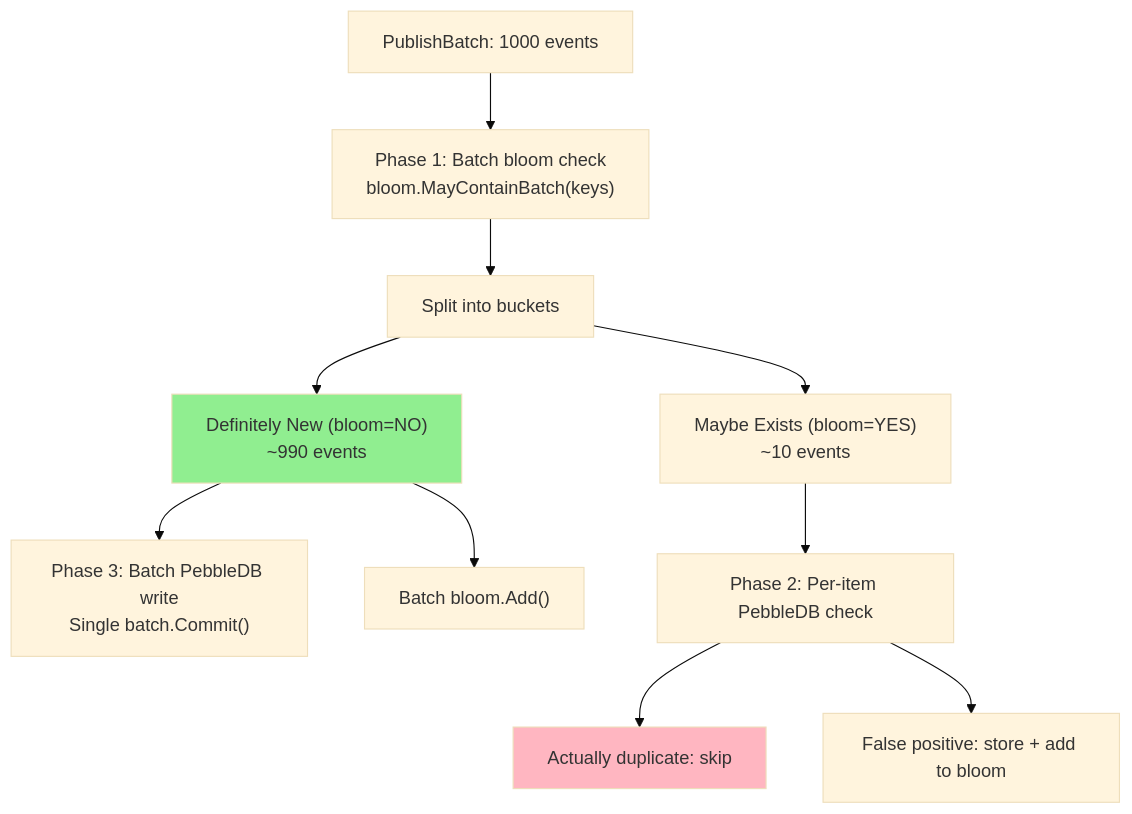
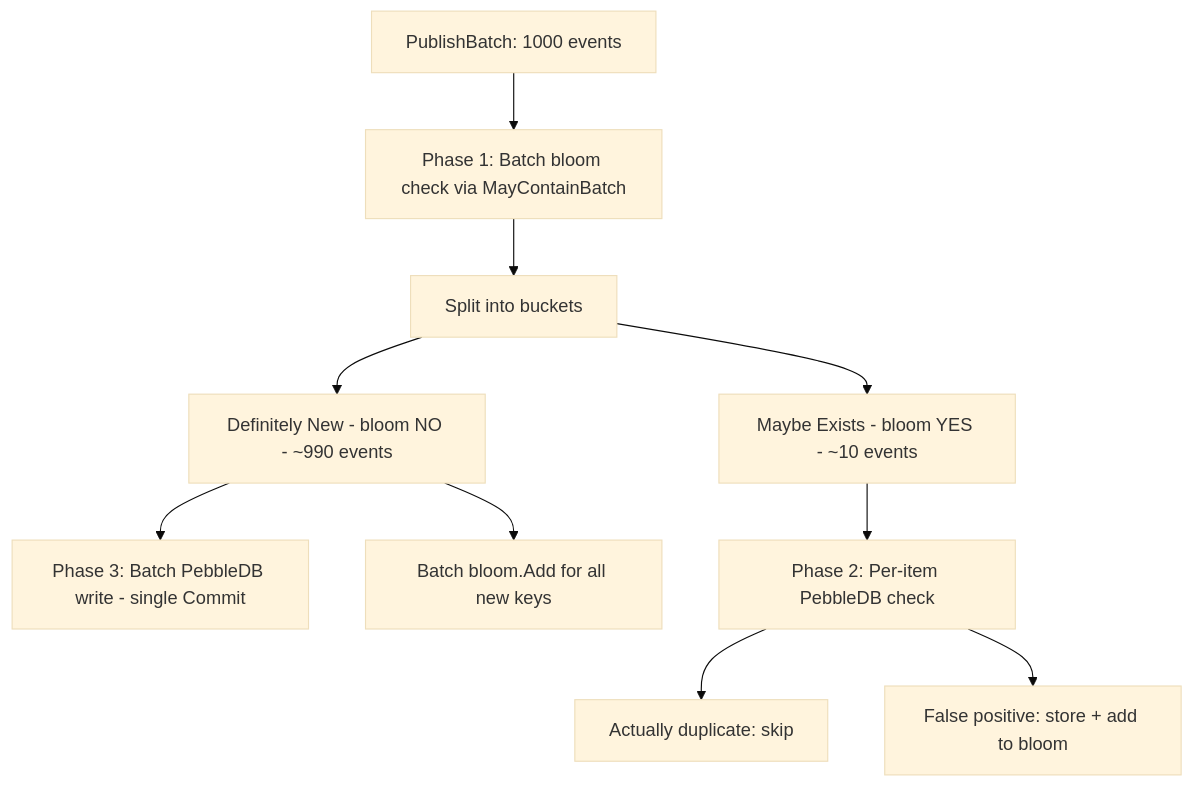
Before and after one commit to jatin711-debug/cronos_db_golang: diagram 17 of 36 in ARCHITECTURE.md, drawn with Mermaid (base theme). The commit also changed other lines of this file, not shown here.

First line of the commit message:
docs(architecture): simplify documentation structure and improve clarity

````diff
--- a/ARCHITECTURE.md
+++ b/ARCHITECTURE.md
@@ -550,17 +527,14 @@
 ```mermaid
 flowchart TD
-    A["PublishBatch: 1000 events"] --> B["Phase 1: Batch bloom check<br/>bloom.MayContainBatch(keys)"]
-    B --> C["Split into buckets"]
-    C --> D["Definitely New (bloom=NO)<br/>~990 events"]
-    C --> E["Maybe Exists (bloom=YES)<br/>~10 events"]
-    
-    D --> F["Phase 3: Batch PebbleDB write<br/>Single batch.Commit()"]
-    D --> G["Batch bloom.Add()"]
-    
-    E --> H["Phase 2: Per-item PebbleDB check"]
-    H --> I["Actually duplicate: skip"]
-    H --> J["False positive: store + add to bloom"]
+    A[PublishBatch: 1000 events] --> B[Phase 1: Batch bloom check via MayContainBatch]
+    B --> C[Split into buckets]
+    C --> D[Definitely New - bloom NO - ~990 events]
+    C --> E[Maybe Exists - bloom YES - ~10 events]
 
-    style D fill:#90EE90
-    style I fill:#FFB6C1
+    D --> F[Phase 3: Batch PebbleDB write - single Commit]
+    D --> G[Batch bloom.Add for all new keys]
+
+    E --> H[Phase 2: Per-item PebbleDB check]
+    H --> I[Actually duplicate: skip]
+    H --> J[False positive: store + add to bloom]
 ```
````
